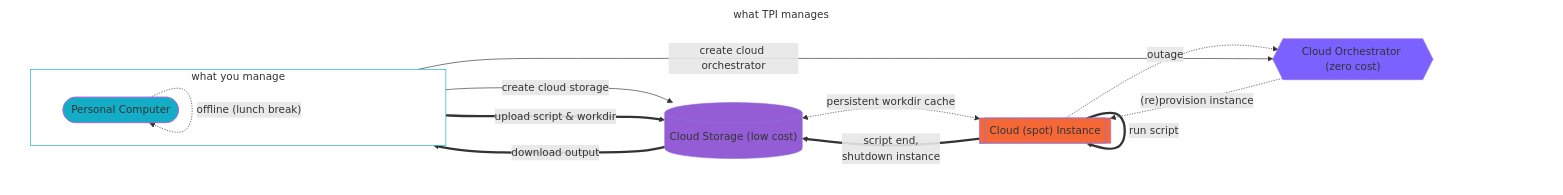
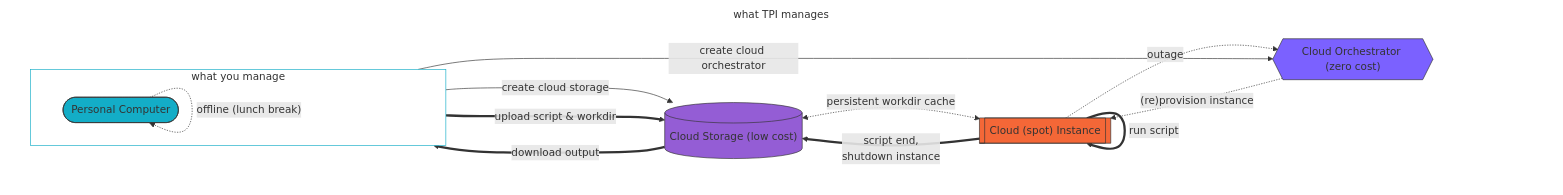
Before and after one commit to iterative/terraform-provider-iterative: the diagram in README.md, drawn with Mermaid.

Commit message:
minor shading

````diff
--- a/README.md
+++ b/README.md
@@ -135,29 +135,29 @@
 ```mermaid
 flowchart LR
 subgraph tpi [what TPI manages]
 direction LR
     subgraph you [what you manage]
         direction LR
         A([Personal Computer])
     end
     B[("Cloud Storage (low cost)")]
     C{{"Cloud Orchestrator (zero cost)"}}
     D[["Cloud (spot) Instance"]]
     A ---> |create cloud storage| B
     A --> |create cloud orchestrator| C
     A ==> |upload script & workdir| B
     A -.-> |"offline (lunch break)"| A
     C -.-> |"(re)provision instance"| D
     D ==> |run script| D
     B <-.-> |persistent workdir cache| D
     D ==> |script end,\nshutdown instance| B
     D -.-> |outage| C
     B ==> |download output| A
 end
 style you fill:#fff,stroke:#13ADC7
 style tpi fill:#fff,stroke:#fff,stroke-width:0px
-style A fill:#13ADC7
-style B fill:#945DD5
-style D fill:#F46737
-style C fill:#7B61FF
+style A fill:#13ADC7,stroke:#333
+style B fill:#945DD5,stroke:#333
+style D fill:#F46737,stroke:#333
+style C fill:#7B61FF,stroke:#333
 ```
````
